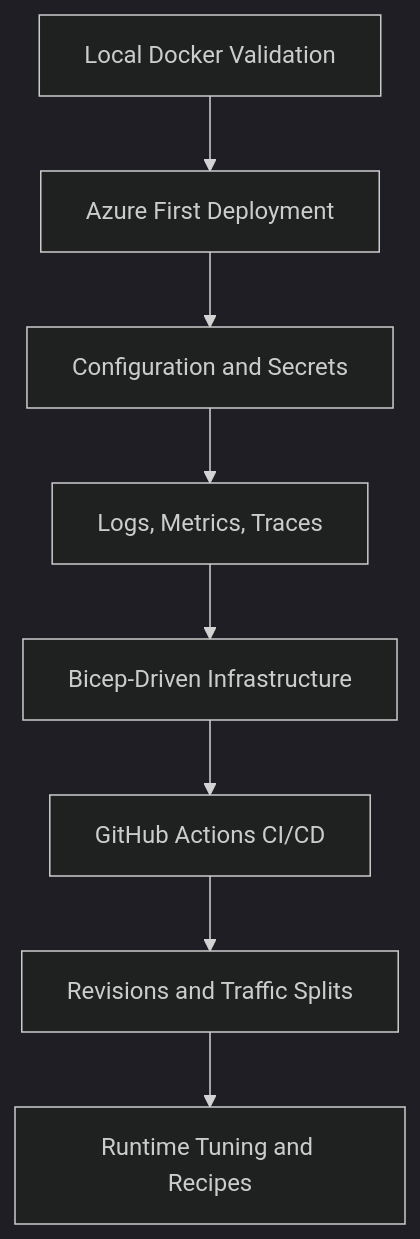
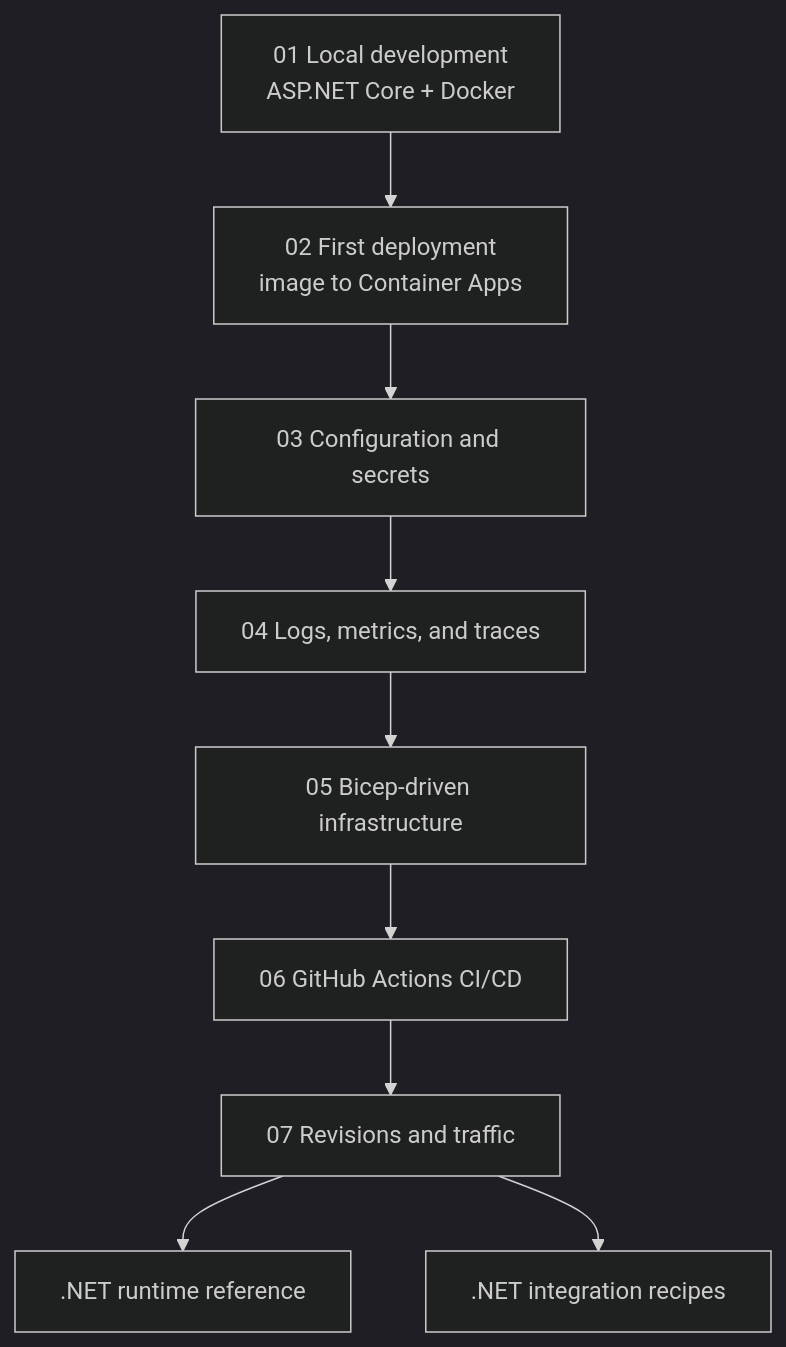
The diagram in docs/language-guides/dotnet/index.md (yeongseon/azure-container-apps-practical-guide), drawn with Mermaid (dark theme) before and after one commit. The commit also changed other lines of this file and 22 other files, not shown here.

Commit message:
docs(diagrams): migrate language navigation and .NET recipes (#621)

````diff
--- a/docs/language-guides/dotnet/index.md
+++ b/docs/language-guides/dotnet/index.md
@@ -66,10 +67,18 @@
 ```mermaid
 flowchart TD
-    A[Local Docker Validation] --> B[Azure First Deployment]
-    B --> C[Configuration and Secrets]
-    C --> D[Logs, Metrics, Traces]
-    D --> E[Bicep-Driven Infrastructure]
-    E --> F[GitHub Actions CI/CD]
-    F --> G[Revisions and Traffic Splits]
-    G --> H[Runtime Tuning and Recipes]
+    accTitle: .NET guide learning path
+    accDescr: Follow seven ordered tutorials from local Docker validation through revision traffic management, then branch to the ASP.NET Core runtime reference and integration recipes.
+    LOCAL[01 Local development<br/>ASP.NET Core + Docker]
+    DEPLOY[02 First deployment<br/>image to Container Apps]
+    CONFIG[03 Configuration and secrets]
+    OBSERVE[04 Logs, metrics, and traces]
+    IAC[05 Bicep-driven infrastructure]
+    CICD[06 GitHub Actions CI/CD]
+    RELEASE[07 Revisions and traffic]
+    RUNTIME[.NET runtime reference]
+    RECIPES[.NET integration recipes]
+
+    LOCAL --> DEPLOY --> CONFIG --> OBSERVE --> IAC --> CICD --> RELEASE
+    RELEASE --> RUNTIME
+    RELEASE --> RECIPES
 ```
````
